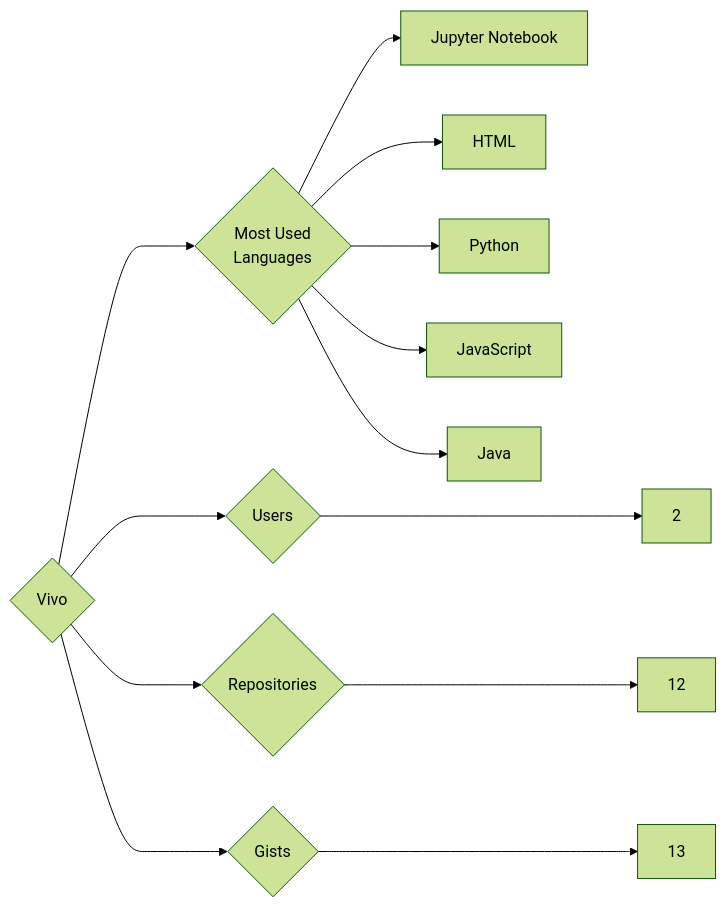
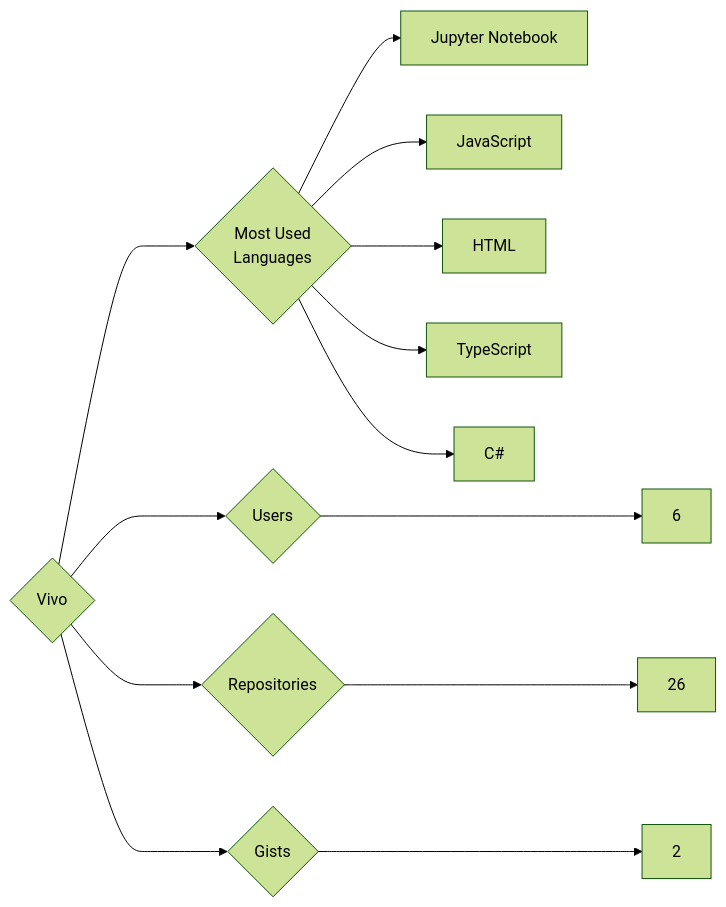
Before and after one commit to trickest/insiders: the diagram in targets/Vivo/README.md, drawn with Mermaid (forest theme). The commit also changed 1508 other files, not shown here.

````diff
--- a/targets/Vivo/README.md
+++ b/targets/Vivo/README.md
@@ -3,13 +3,13 @@
 ```mermaid
 graph LR
 COMPANY_NAME{Vivo}
-COMPANY_NAME ---> U{Users} ---> UN[2]
-COMPANY_NAME ---> R{Repositories} ---> RN[12]
-COMPANY_NAME ---> G{Gists} ---> GN[13]
+COMPANY_NAME ---> U{Users} ---> UN[6]
+COMPANY_NAME ---> R{Repositories} ---> RN[26]
+COMPANY_NAME ---> G{Gists} ---> GN[2]
 COMPANY_NAME ---> ML{Most Used<br>Languages}
 ML --> Jupyter_Notebook[Jupyter Notebook]
+ML --> JavaScript[JavaScript]
 ML --> HTML[HTML]
-ML --> Python[Python]
-ML --> JavaScript[JavaScript]
-ML --> Java[Java]
+ML --> TypeScript[TypeScript]
+ML --> C#[C#]
 ```
````
